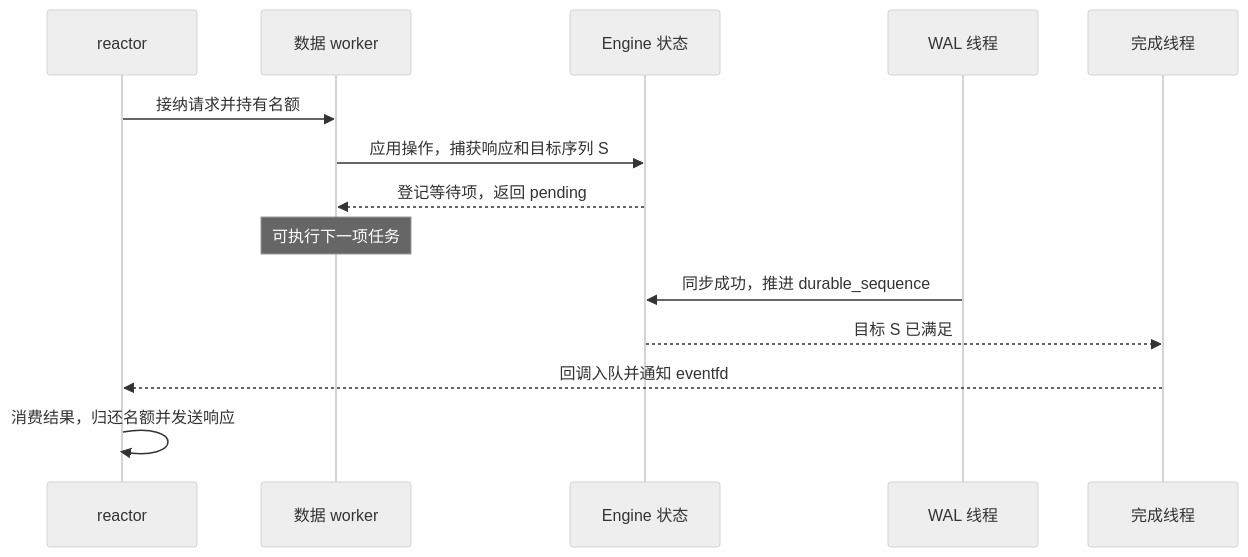
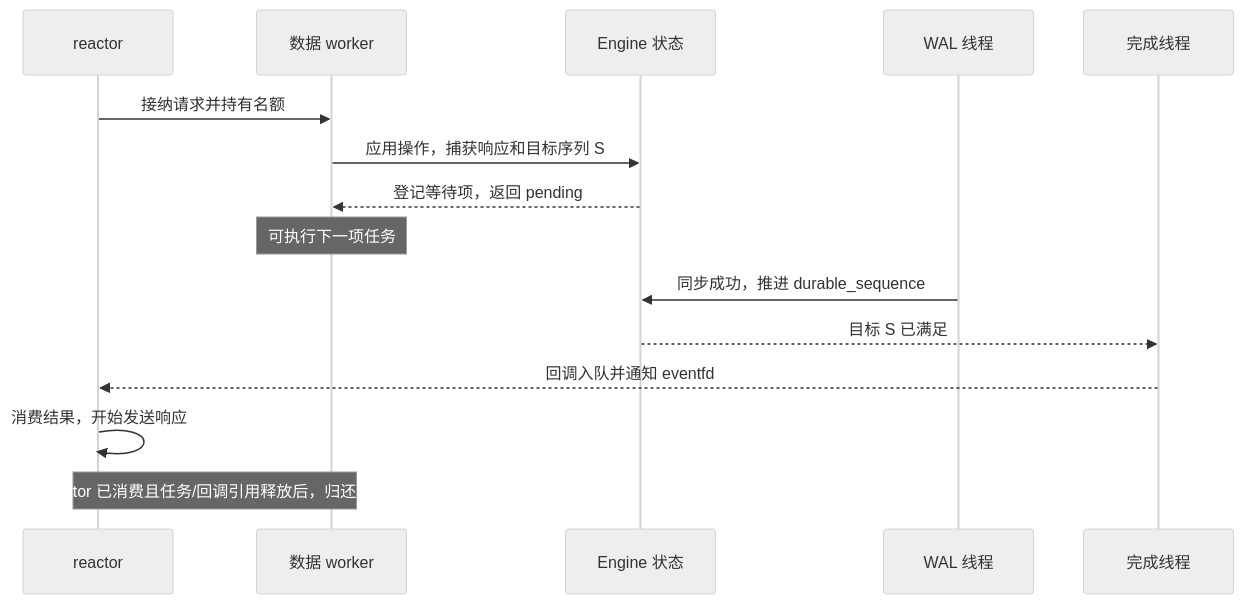
One commit to GalaxyKW/MiniKV changed the second of 2 diagrams in docs/design.md. Above: the diagram before and after it, drawn with Mermaid (neutral theme). The commit also changed other lines of this file and 4 other files, not shown here.

````diff
--- a/docs/design.md
+++ b/docs/design.md
@@ -47,16 +49,17 @@
 ```mermaid
 sequenceDiagram
     participant R as reactor
     participant W as 数据 worker
     participant E as Engine 状态
     participant F as WAL 线程
     participant N as 完成线程
     R->>W: 接纳请求并持有名额
     W->>E: 应用操作，捕获响应和目标序列 S
     E-->>W: 登记等待项，返回 pending
     Note over W: 可执行下一项任务
     F->>E: 同步成功，推进 durable_sequence
     E-->>N: 目标 S 已满足
     N-->>R: 回调入队并通知 eventfd
-    R->>R: 消费结果，归还名额并发送响应
+    R->>R: 消费结果，开始发送响应
+    Note over R,W: reactor 已消费且任务/回调引用释放后，归还名额
 ```
````
